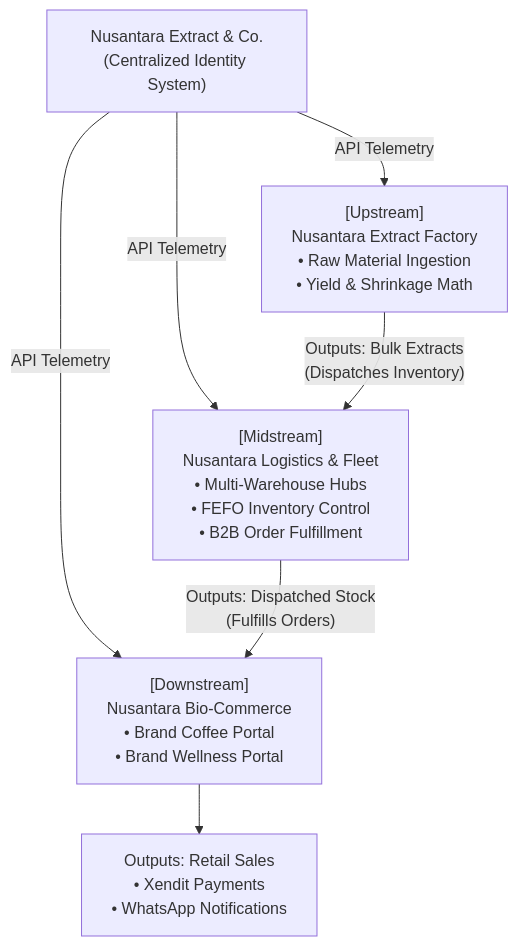
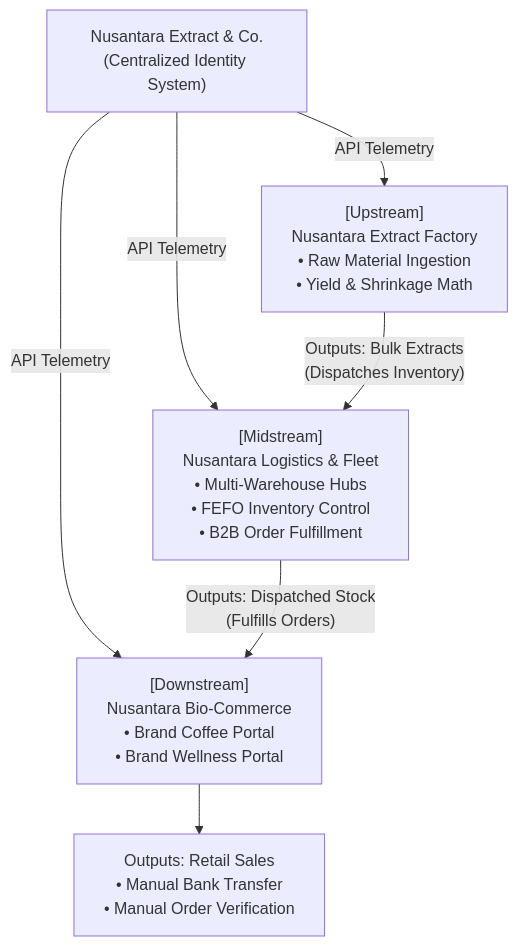
Before and after one commit to gtkrshnaaa/NEANCO: the second of 4 diagrams in README.md, drawn with Mermaid. The commit also changed other lines of this file, not shown here.

Commit message:
refactor: transition retail checkout flow to manual bank transfer and order verification in README.md

````diff
--- a/README.md
+++ b/README.md
@@ -62,16 +62,16 @@
 ```mermaid
 graph TD
     Parent["Nusantara Extract & Co.<br>(Centralized Identity System)"]
     Factory["[Upstream]<br>Nusantara Extract Factory<br>• Raw Material Ingestion<br>• Yield & Shrinkage Math"]
     Logistics["[Midstream]<br>Nusantara Logistics & Fleet<br>• Multi-Warehouse Hubs<br>• FEFO Inventory Control<br>• B2B Order Fulfillment"]
     Commerce["[Downstream]<br>Nusantara Bio-Commerce<br>• Brand Coffee Portal<br>• Brand Wellness Portal"]
-    RetailSales["Outputs: Retail Sales<br>• Xendit Payments<br>• WhatsApp Notifications"]
+    RetailSales["Outputs: Retail Sales<br>• Manual Bank Transfer<br>• Manual Order Verification"]
 
     Parent -- "API Telemetry" --> Factory
     Parent -- "API Telemetry" --> Logistics
     Parent -- "API Telemetry" --> Commerce
 
     Factory -- "Outputs: Bulk Extracts<br>(Dispatches Inventory)" --> Logistics
     Logistics -- "Outputs: Dispatched Stock<br>(Fulfills Orders)" --> Commerce
     Commerce --> RetailSales
 ```
````
